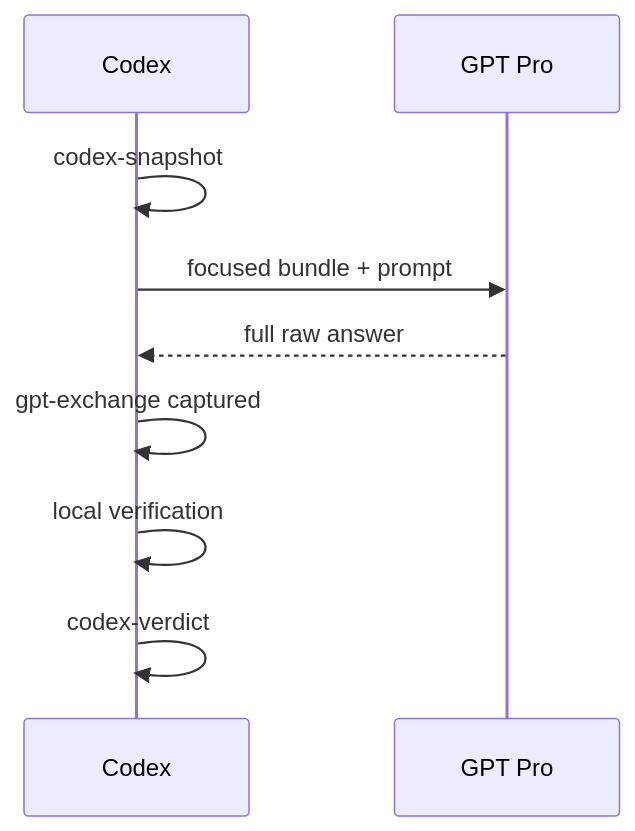
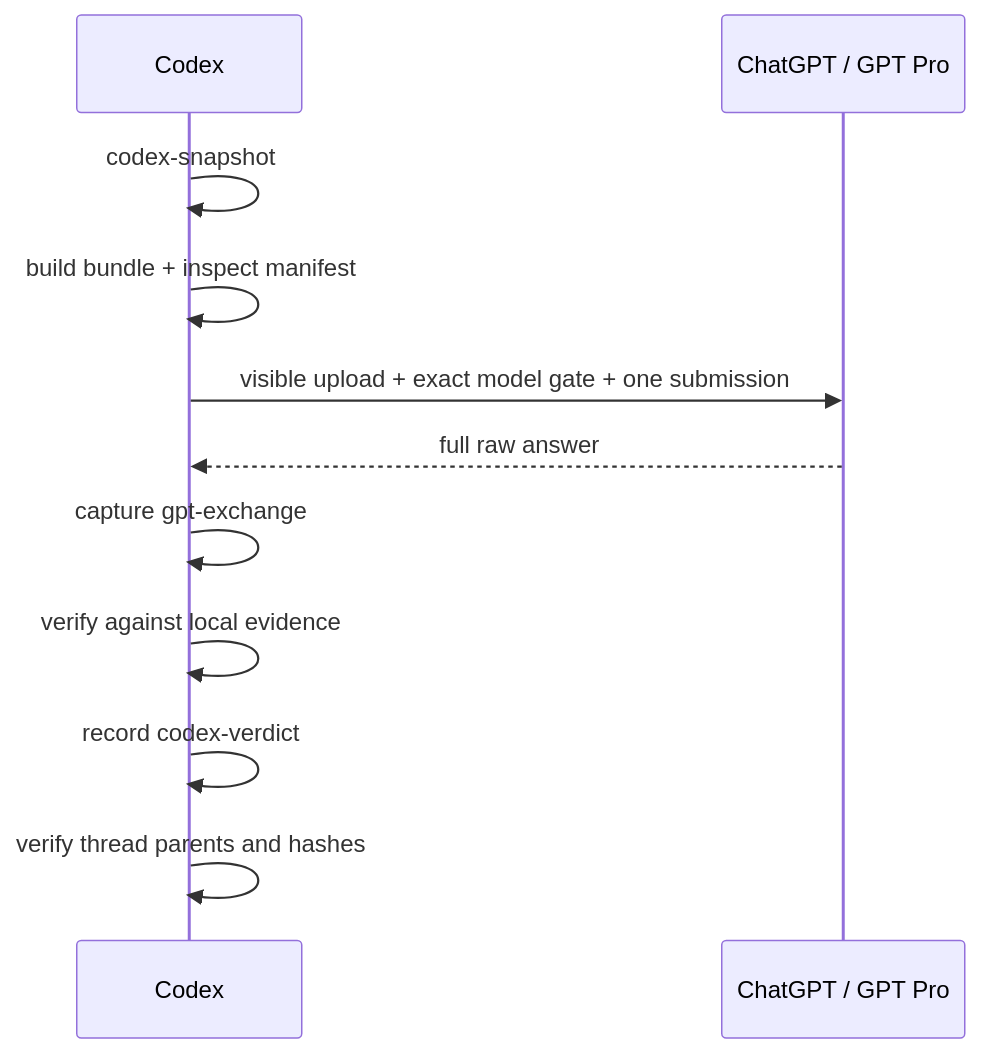
Before and after one commit to WILLOSCAR/codex-pro-bridge: the diagram in README.md, drawn with Mermaid. The commit also changed other lines of this file and 5 other files, not shown here.

````diff
--- a/README.md
+++ b/README.md
@@ -23,11 +80,13 @@
 ```mermaid
 sequenceDiagram
   participant C as Codex
-  participant G as GPT Pro
+  participant G as ChatGPT / GPT Pro
   C->>C: codex-snapshot
-  C->>G: focused bundle + prompt
+  C->>C: build bundle + inspect manifest
+  C->>G: visible upload + exact model gate + one submission
   G-->>C: full raw answer
-  C->>C: gpt-exchange captured
-  C->>C: local verification
-  C->>C: codex-verdict
+  C->>C: capture gpt-exchange
+  C->>C: verify against local evidence
+  C->>C: record codex-verdict
+  C->>C: verify thread parents and hashes
 ```
````
